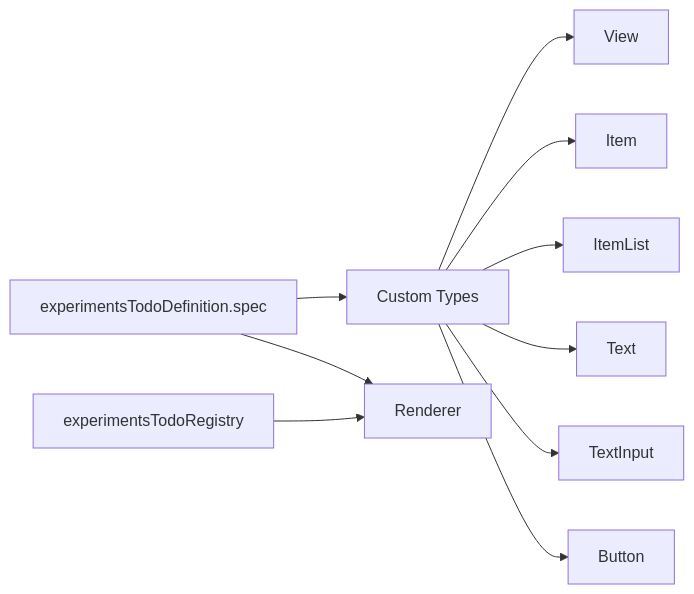
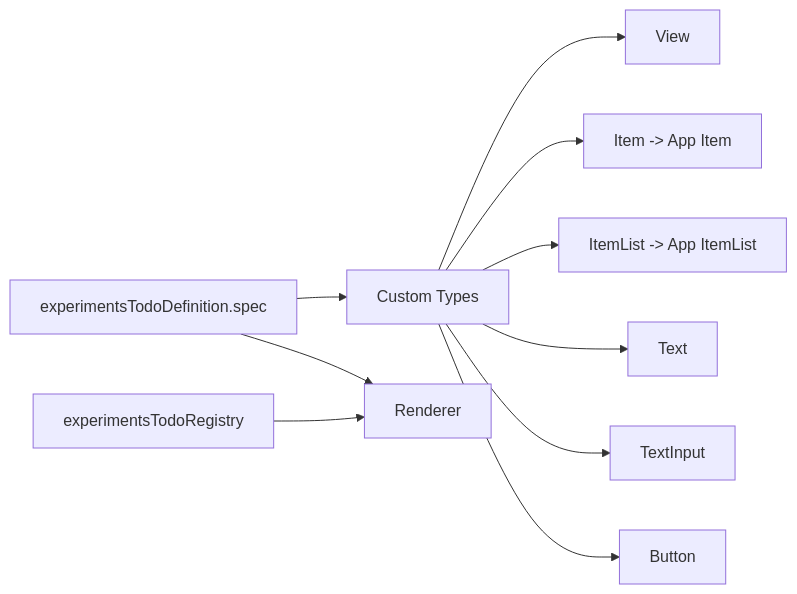
One commit to ex3ndr/daycare changed the second of 6 diagrams in doc/2026-03-03-experiments-sidebar.md. Above: the diagram before and after it, drawn with Mermaid. The commit also changed other lines of this file and 1 other file, not shown here.

Commit message:
fix(app): reuse existing item views in experiments

````diff
--- a/doc/2026-03-03-experiments-sidebar.md
+++ b/doc/2026-03-03-experiments-sidebar.md
@@ -45,12 +44,12 @@
 ```mermaid
 flowchart LR
     A[experimentsTodoDefinition.spec] --> B[Custom Types]
     B --> C[View]
-    B --> D[Item]
-    B --> E[ItemList]
+    B --> D[Item -> App Item]
+    B --> E[ItemList -> App ItemList]
     B --> F[Text]
     B --> G[TextInput]
     B --> H[Button]
     I[experimentsTodoRegistry] --> J[Renderer]
     A --> J
 ```
````
